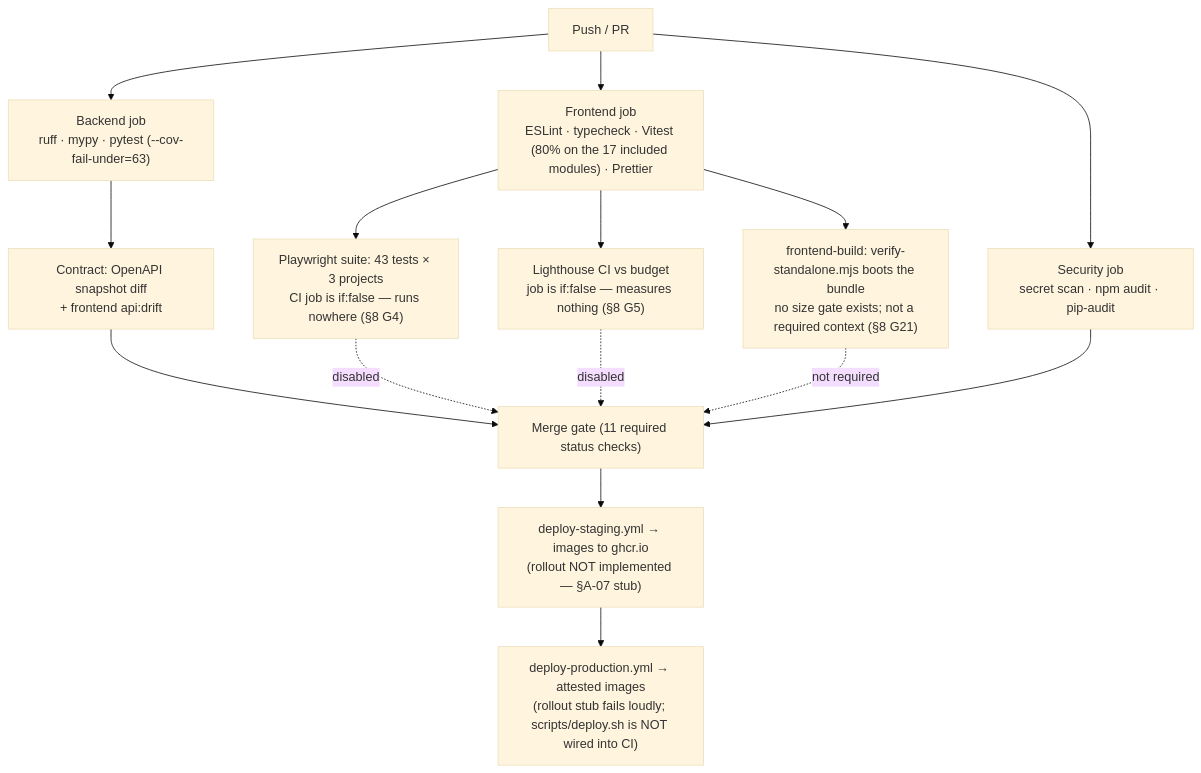
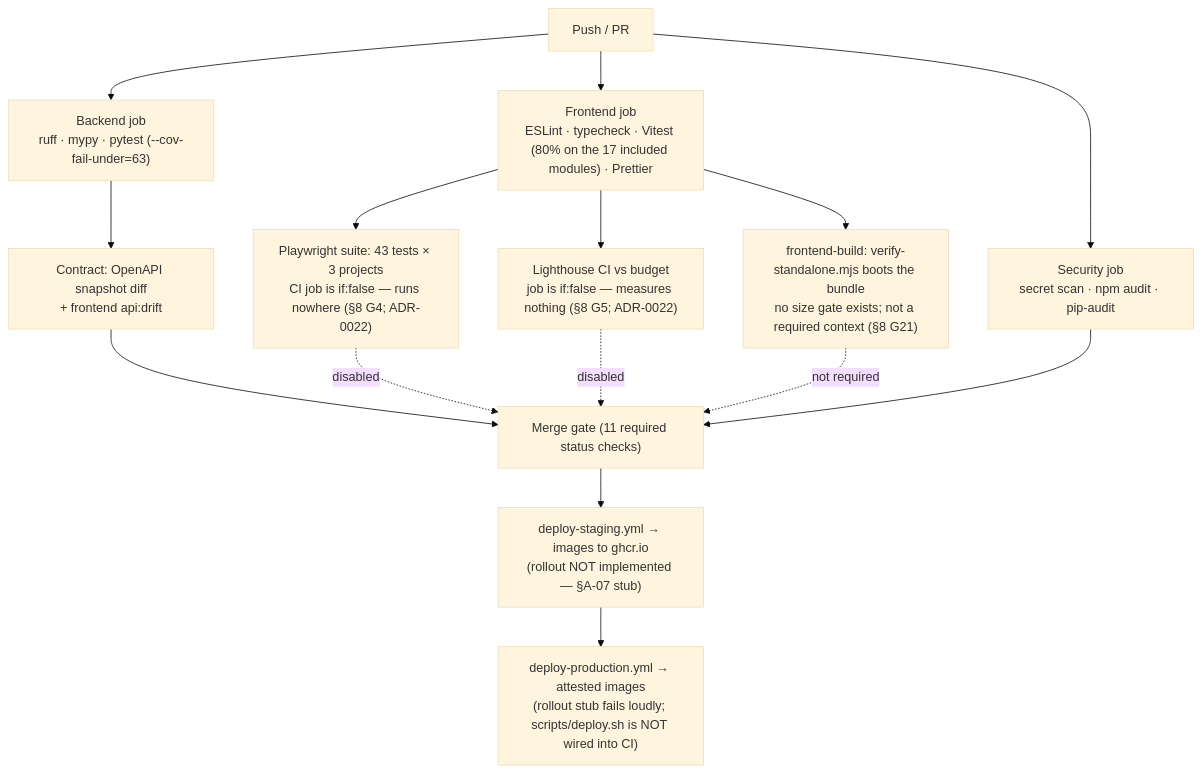
Before and after one commit to jolarca-dev/jolarca: the diagram in docs/TESTING_STRATEGY.md, drawn with Mermaid (base theme). The commit also changed other lines of this file and 3 other files, not shown here.

````diff
--- a/docs/TESTING_STRATEGY.md
+++ b/docs/TESTING_STRATEGY.md
@@ -76,17 +76,17 @@
 ```mermaid
 flowchart TD
     PR["Push / PR"] --> BE["Backend job<br/>ruff · mypy · pytest (--cov-fail-under=63)"]
     PR --> FE["Frontend job<br/>ESLint · typecheck · Vitest (80% on the 17 included modules) · Prettier"]
     PR --> SEC["Security job<br/>secret scan · npm audit · pip-audit"]
     BE --> CT["Contract: OpenAPI snapshot diff<br/>+ frontend api:drift"]
-    FE --> E2E["Playwright suite: 43 tests × 3 projects<br/>CI job is if:false — runs nowhere (§8 G4)"]
-    FE --> LH["Lighthouse CI vs budget<br/>job is if:false — measures nothing (§8 G5)"]
+    FE --> E2E["Playwright suite: 43 tests × 3 projects<br/>CI job is if:false — runs nowhere (§8 G4; ADR-0022)"]
+    FE --> LH["Lighthouse CI vs budget<br/>job is if:false — measures nothing (§8 G5; ADR-0022)"]
     FE --> BA["frontend-build: verify-standalone.mjs boots the bundle<br/>no size gate exists; not a required context (§8 G21)"]
     CT --> MERGE["Merge gate (11 required status checks)"]
     E2E -.->|disabled| MERGE
     LH -.->|disabled| MERGE
     BA -.->|not required| MERGE
     SEC --> MERGE
     MERGE --> STG["deploy-staging.yml → images to ghcr.io<br/>(rollout NOT implemented — §A-07 stub)"]
     STG --> PROD["deploy-production.yml → attested images<br/>(rollout stub fails loudly; scripts/deploy.sh is NOT wired into CI)"]
 ```
````
